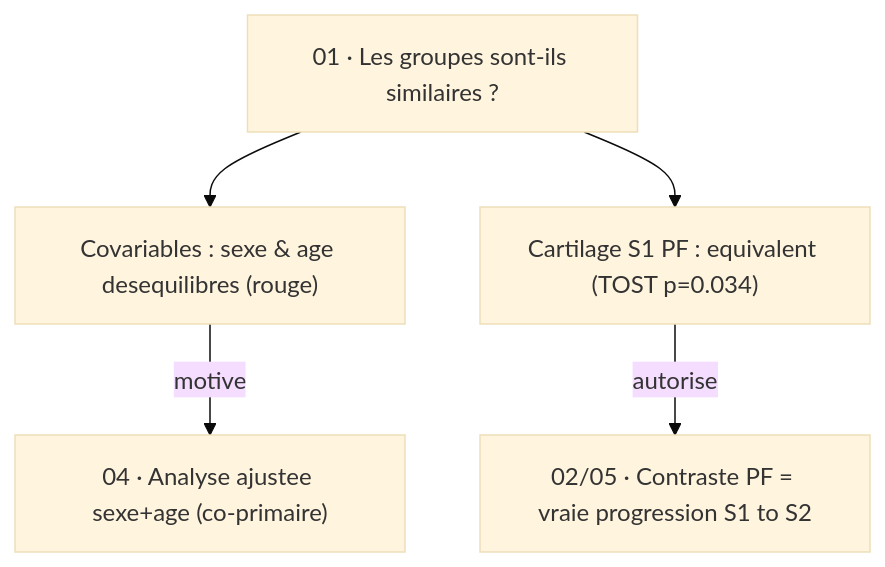
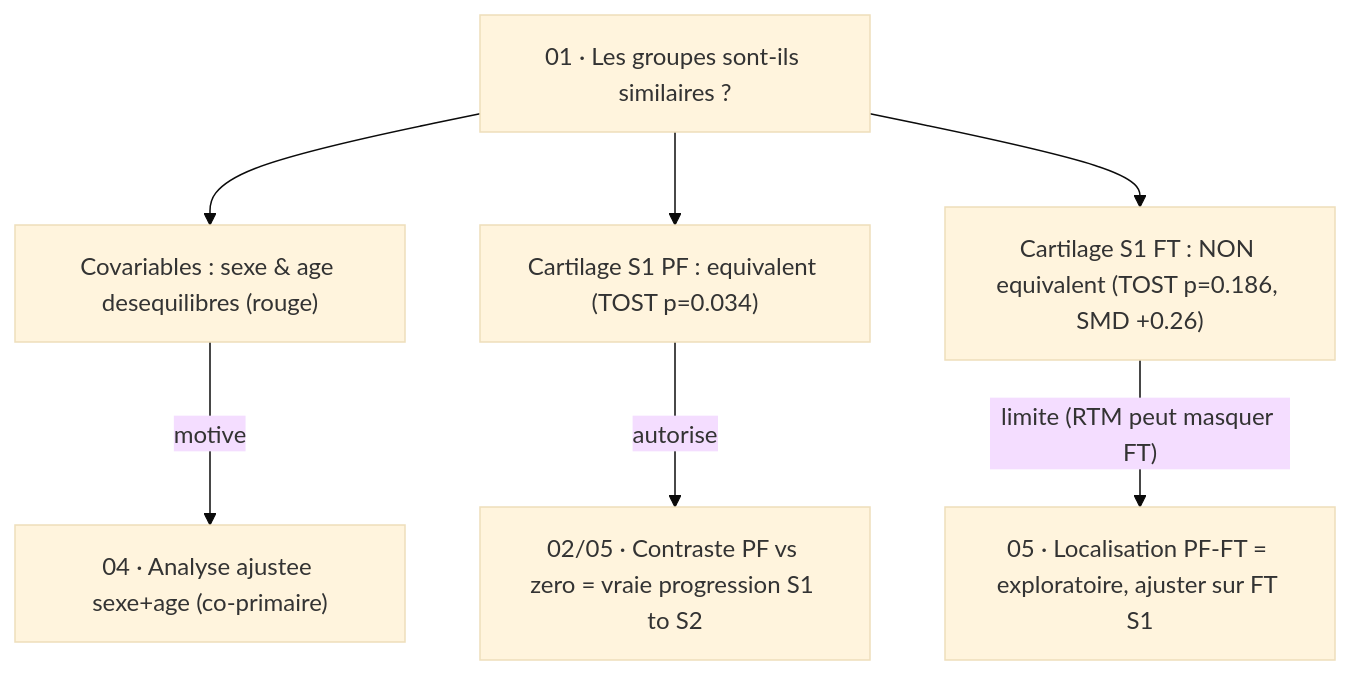
The second of 3 diagrams in notebooks/info.md (TomSOhm/cyclops_lesion_statistics), drawn with Mermaid (base theme) before and after one commit. The commit also changed other lines of this file and 2 other files, not shown here.

````diff
--- a/notebooks/info.md
+++ b/notebooks/info.md
@@ -252,8 +284,10 @@
 ```mermaid
 flowchart TB
     Q["01 · Les groupes sont-ils similaires ?"]
     Q --> COV["Covariables : sexe & age desequilibres (rouge)"]
     Q --> CART["Cartilage S1 PF : equivalent (TOST p=0.034)"]
+    Q --> CARTFT["Cartilage S1 FT : NON equivalent (TOST p=0.186, SMD +0.26)"]
     COV -->|"motive"| ADJ["04 · Analyse ajustee sexe+age (co-primaire)"]
-    CART -->|"autorise"| READ["02/05 · Contraste PF = vraie progression S1 to S2"]
+    CART -->|"autorise"| READ["02/05 · Contraste PF vs zero = vraie progression S1 to S2"]
+    CARTFT -->|"limite (RTM peut masquer FT)"| LOC["05 · Localisation PF-FT = exploratoire, ajuster sur FT S1"]
 ```
````
